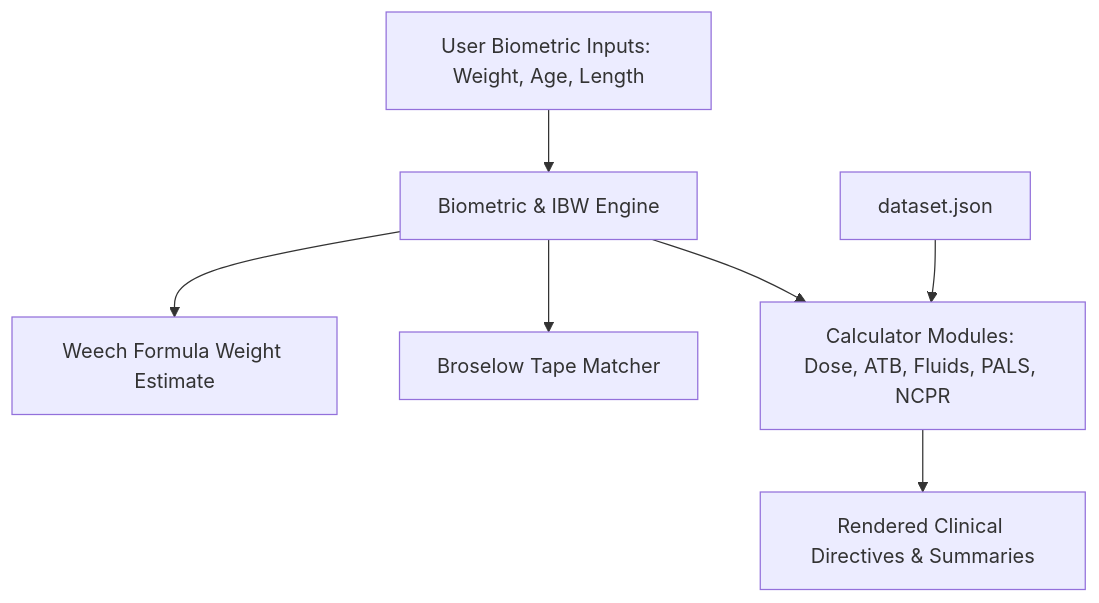
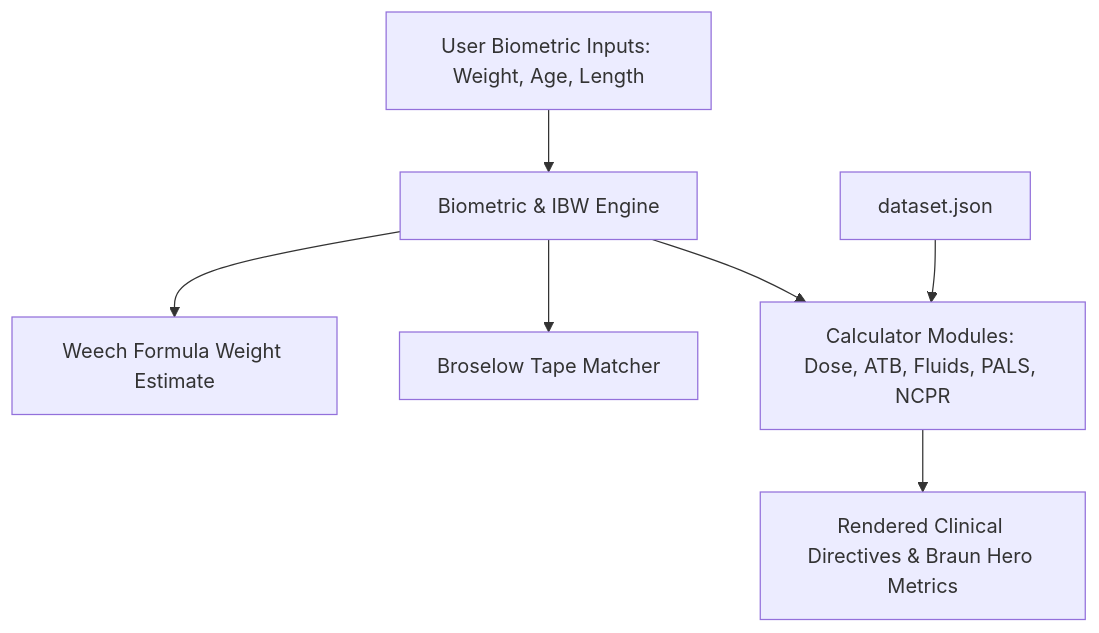
One commit to NTWKKM/er-ped changed the diagram in ARCHITECTURE.md. Above: the diagram before and after it, drawn with Mermaid. The commit also changed other lines of this file and 7 other files, not shown here.

Commit message:
feat: overhaul UI to standalone Braun Design Language and fix clinical dosing caps

````diff
--- a/ARCHITECTURE.md
+++ b/ARCHITECTURE.md
@@ -23,9 +23,9 @@
 ```mermaid
 flowchart TD
     UserInputs[User Biometric Inputs: Weight, Age, Length] --> BiometricEngine[Biometric & IBW Engine]
     BiometricEngine --> WeechFormula[Weech Formula Weight Estimate]
     BiometricEngine --> BroselowMatcher[Broselow Tape Matcher]
     BiometricEngine --> ModuleCalculators[Calculator Modules: Dose, ATB, Fluids, PALS, NCPR]
     Dataset[dataset.json] --> ModuleCalculators
-    ModuleCalculators --> UIOutputs[Rendered Clinical Directives & Summaries]
+    ModuleCalculators --> UIOutputs[Rendered Clinical Directives & Braun Hero Metrics]
 ```
````
